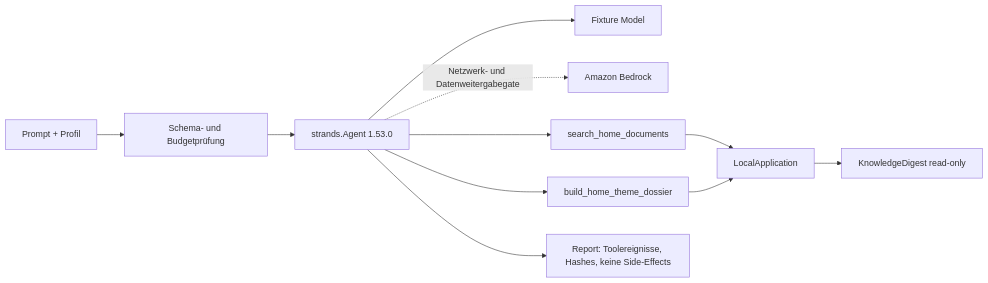
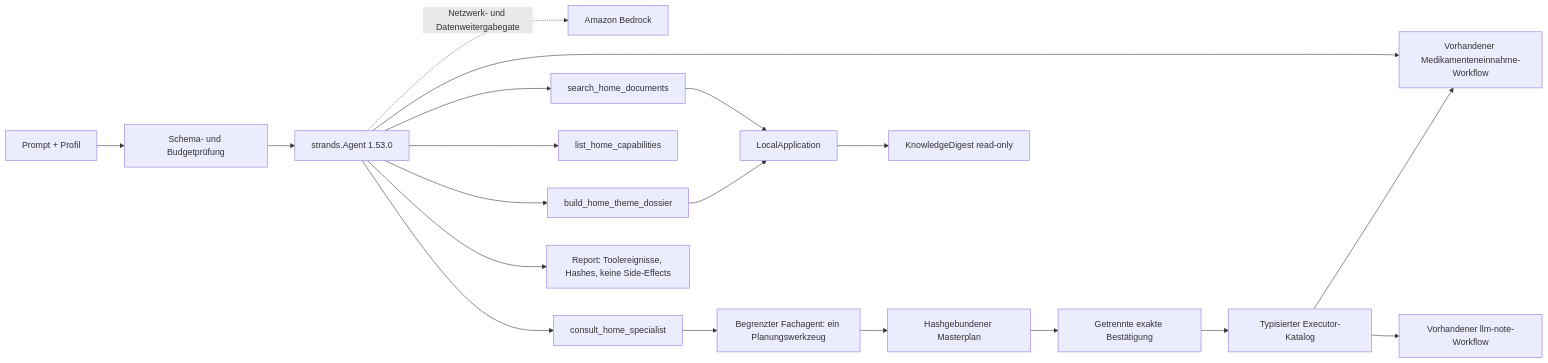
One commit to ellmos-ai/FolderHome changed the diagram in ARCHITECTURE.de.md. Above: the diagram before and after it, drawn with Mermaid. The commit also changed other lines of this file and 32 other files, not shown here.

````diff
--- a/ARCHITECTURE.de.md
+++ b/ARCHITECTURE.de.md
@@ -55,13 +69,21 @@
 ```mermaid
 flowchart LR
   U[Prompt + Profil] --> V[Schema- und Budgetprüfung]
   V --> A[strands.Agent 1.53.0]
   A --> M[Fixture Model]
   A -. Netzwerk- und Datenweitergabegate .-> B[Amazon Bedrock]
   A --> T1[search_home_documents]
   A --> T2[build_home_theme_dossier]
+  A --> T3[list_home_capabilities]
+  A --> T4[consult_home_specialist]
+  T4 --> S[Begrenzter Fachagent: ein Planungswerkzeug]
+  S --> P[Hashgebundener Masterplan]
+  P --> C[Getrennte exakte Bestätigung]
+  C --> E[Typisierter Executor-Katalog]
+  E --> N[Vorhandener llm-note-Workflow]
+  E --> M[Vorhandener Medikamenteneinnahme-Workflow]
   T1 --> L[LocalApplication]
   T2 --> L
   L --> K[KnowledgeDigest read-only]
   A --> R[Report: Toolereignisse, Hashes, keine Side-Effects]
 ```
````
